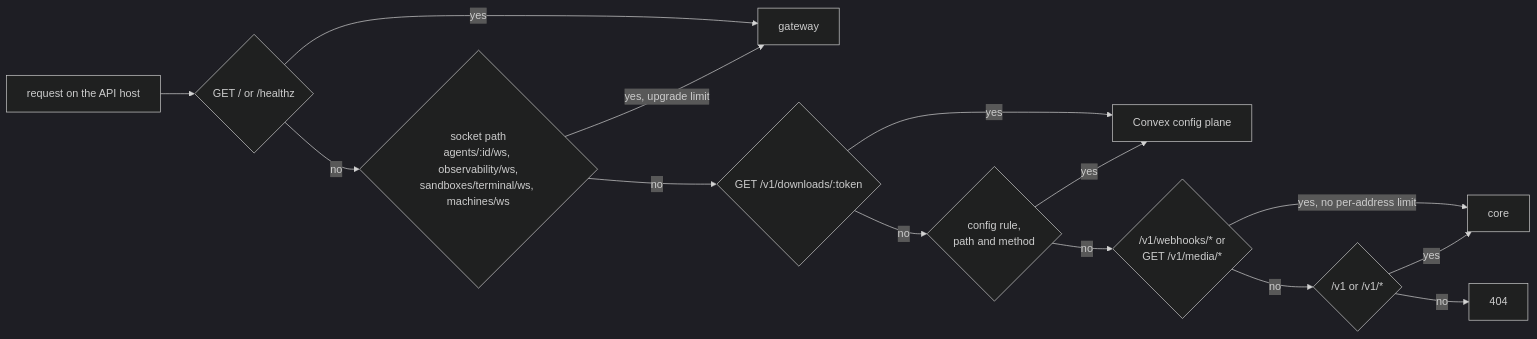
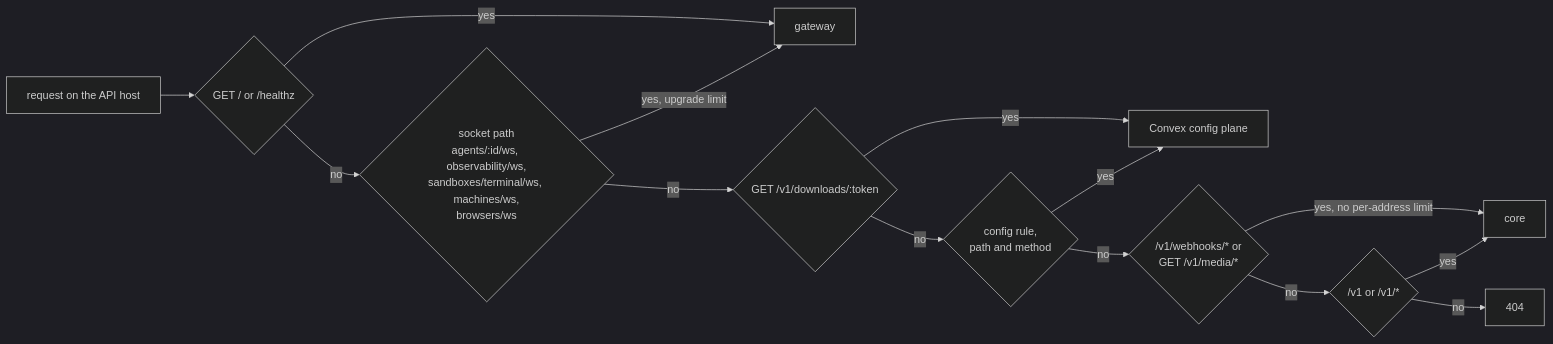
One commit to beeblastco/broods changed the first of 11 diagrams in apps/docs/docs/internals/architecture.md. Above: the diagram before and after it, drawn with Mermaid (dark theme). The commit also changed other lines of this file and 8 other files, not shown here.

First line of the commit message:
docs: explain browsers on scope-user machine sandboxes, and verify them end to end

````diff
--- a/apps/docs/docs/internals/architecture.md
+++ b/apps/docs/docs/internals/architecture.md
@@ -9,16 +9,16 @@
 ```mermaid
 flowchart LR
   Req["request on the API host"] --> H{"GET / or /healthz"}
   H -->|"yes"| GW["gateway"]
-  H -->|"no"| S{"socket path<br/>agents/:id/ws, observability/ws,<br/>sandboxes/terminal/ws, machines/ws"}
+  H -->|"no"| S{"socket path<br/>agents/:id/ws, observability/ws,<br/>sandboxes/terminal/ws, machines/ws,<br/>browsers/ws"}
   S -->|"yes, upgrade limit"| GW
   S -->|"no"| D{"GET /v1/downloads/:token"}
   D -->|"yes"| CVX["Convex config plane"]
   D -->|"no"| C{"config rule,<br/>path and method"}
   C -->|"yes"| CVX
   C -->|"no"| W{"/v1/webhooks/* or<br/>GET /v1/media/*"}
   W -->|"yes, no per-address limit"| Core["core"]
   W -->|"no"| V{"/v1 or /v1/*"}
   V -->|"yes"| Core
   V -->|"no"| X["404"]
 ```
````
